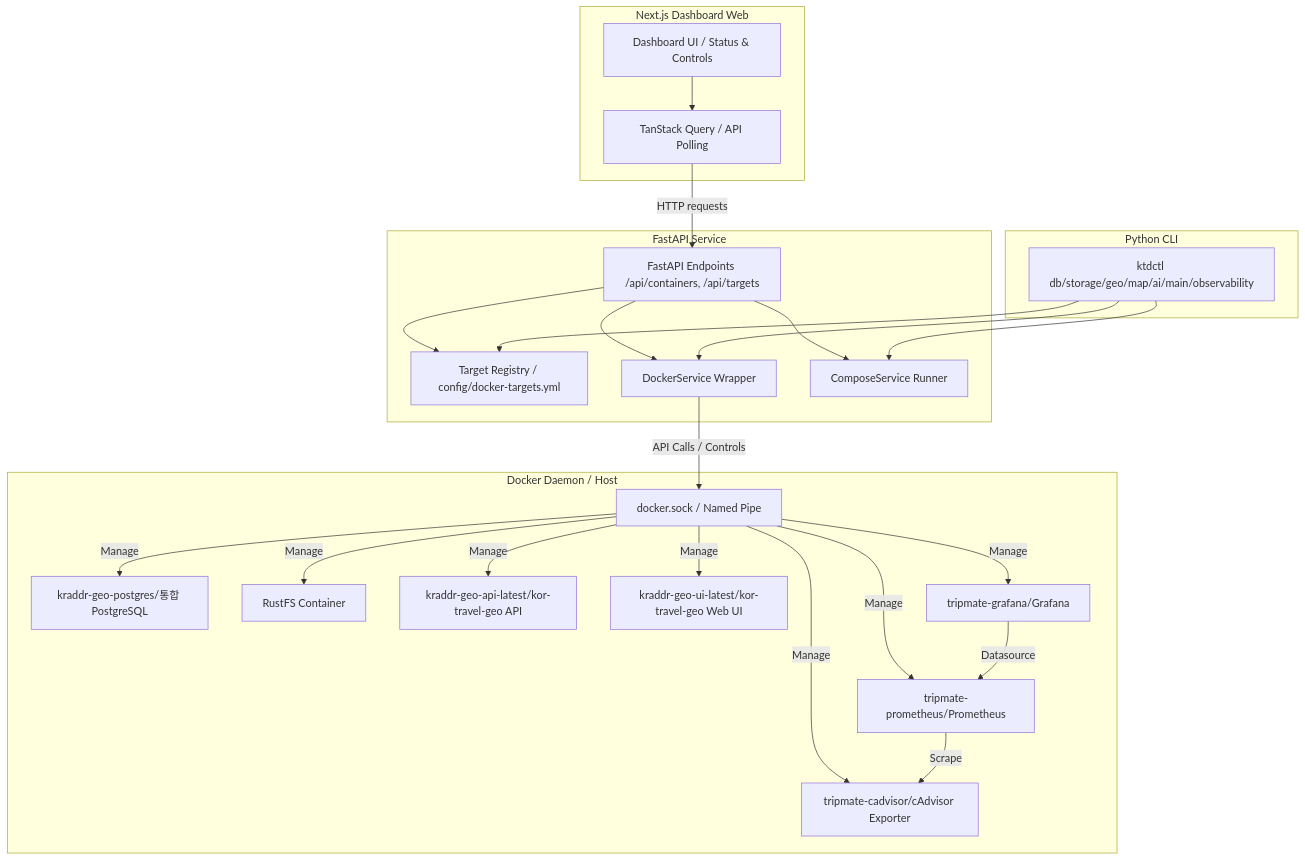
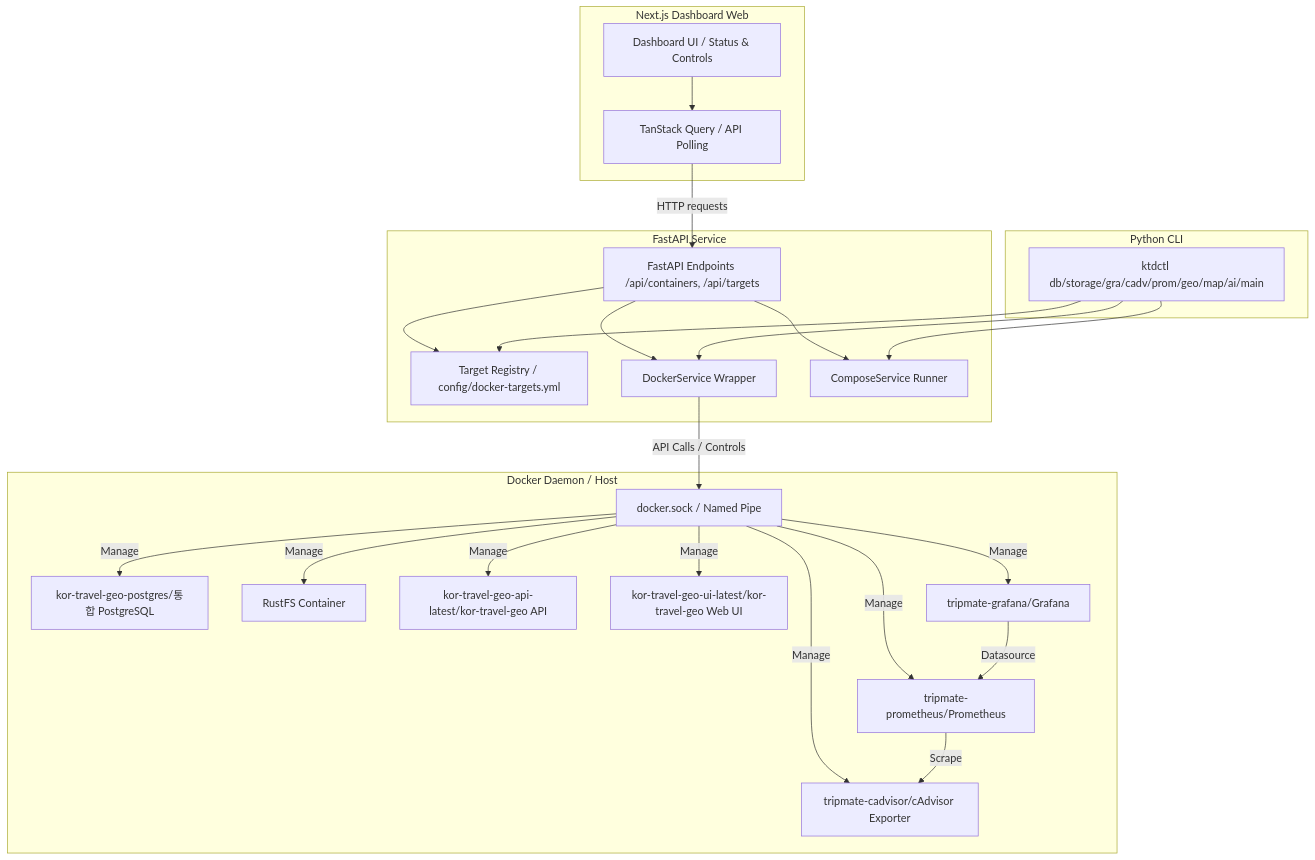
One commit to digitie/kor-travel-docker-manager changed the diagram in docs/architecture.md. Above: the diagram before and after it, drawn with Mermaid. The commit also changed other lines of this file and 26 other files, not shown here.

````diff
--- a/docs/architecture.md
+++ b/docs/architecture.md
@@ -11,49 +11,49 @@
 ```mermaid
 graph TD
     subgraph Frontend [Next.js Dashboard Web]
         UI[Dashboard UI / Status & Controls]
         TQ[TanStack Query / API Polling]
         UI --> TQ
     end
 
     subgraph Backend [FastAPI Service]
         API[FastAPI Endpoints /api/containers, /api/targets]
         REG[Target Registry / config/docker-targets.yml]
         DS[DockerService Wrapper]
         CS[ComposeService Runner]
         API --> REG
         API --> DS
         API --> CS
     end
 
     subgraph CLI [Python CLI]
-        CLI_CMD[ktdctl db/storage/geo/map/ai/main/observability]
+        CLI_CMD[ktdctl db/storage/gra/cadv/prom/geo/map/ai/main]
         CLI_CMD --> REG
         CLI_CMD --> DS
         CLI_CMD --> CS
     end
 
     subgraph Infrastructure [Docker Daemon / Host]
         D_Sock[docker.sock / Named Pipe]
-        C_PG[kraddr-geo-postgres/통합 PostgreSQL]
+        C_PG[kor-travel-geo-postgres/통합 PostgreSQL]
         C_RFS[RustFS Container]
-        C_GEO_API[kraddr-geo-api-latest/kor-travel-geo API]
-        C_GEO_UI[kraddr-geo-ui-latest/kor-travel-geo Web UI]
+        C_GEO_API[kor-travel-geo-api-latest/kor-travel-geo API]
+        C_GEO_UI[kor-travel-geo-ui-latest/kor-travel-geo Web UI]
         C_PROM[tripmate-prometheus/Prometheus]
         C_GRAF[tripmate-grafana/Grafana]
         C_EXP[tripmate-cadvisor/cAdvisor Exporter]
         
         DS -->|API Calls / Controls| D_Sock
         D_Sock -->|Manage| C_PG
         D_Sock -->|Manage| C_RFS
         D_Sock -->|Manage| C_GEO_API
         D_Sock -->|Manage| C_GEO_UI
         D_Sock -->|Manage| C_PROM
         D_Sock -->|Manage| C_GRAF
         D_Sock -->|Manage| C_EXP
         C_PROM -->|Scrape| C_EXP
         C_GRAF -->|Datasource| C_PROM
     end
     
     TQ -->|HTTP requests| API
 ```
````
